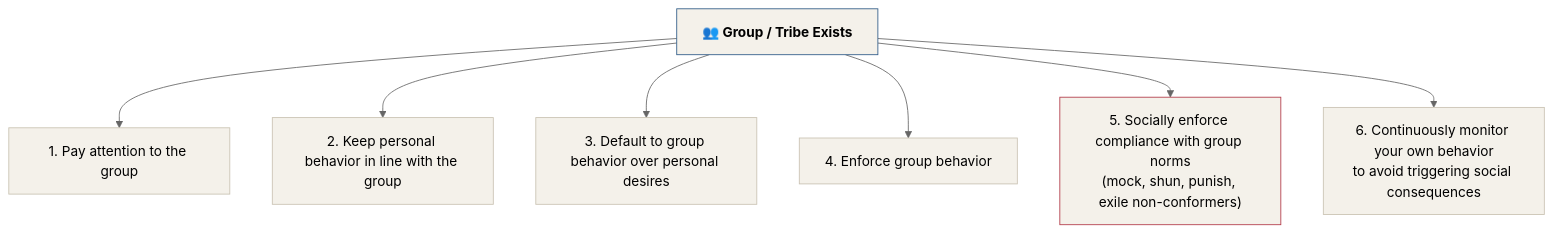
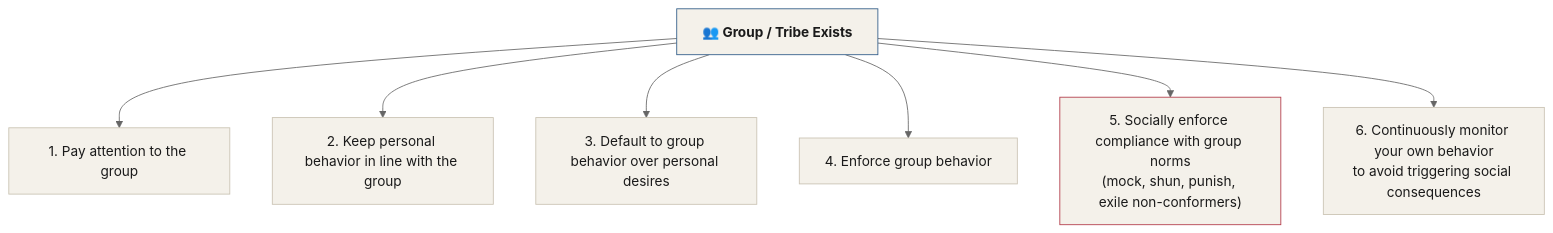
Before and after one commit to Joshi004/book-read: the fifth of 5 diagrams in chapters/chapter-04.md, drawn with Mermaid (neutral theme). The commit also changed other lines of this file and 7 other files, not shown here.

First line of the commit message:
Enhance Mermaid diagram styles for dark mode compatibility across chapters

````diff
--- a/chapters/chapter-04.md
+++ b/chapters/chapter-04.md
@@ -320,18 +320,18 @@
 ```mermaid
 flowchart TD
     T["👥 Group / Tribe Exists"]
     T --> T1["1. Pay attention to the group"]
     T --> T2["2. Keep personal behavior in line with the group"]
     T --> T3["3. Default to group behavior over personal desires"]
     T --> T4["4. Enforce group behavior"]
     T --> T5["5. Socially enforce compliance with group norms\n(mock, shun, punish, exile non-conformers)"]
     T --> T6["6. Continuously monitor your own behavior\nto avoid triggering social consequences"]
 
-    style T fill:#F4F1EA,stroke:#2E5A87,font-weight:bold
-    style T1 fill:#F4F1EA,stroke:#C9C2B2
-    style T2 fill:#F4F1EA,stroke:#C9C2B2
-    style T3 fill:#F4F1EA,stroke:#C9C2B2
-    style T4 fill:#F4F1EA,stroke:#C9C2B2
-    style T5 fill:#F4F1EA,stroke:#B23A48
-    style T6 fill:#F4F1EA,stroke:#C9C2B2
+    style T fill:#F4F1EA,stroke:#2E5A87,color:#1A1A1A,font-weight:bold
+    style T1 fill:#F4F1EA,stroke:#C9C2B2,color:#1A1A1A
+    style T2 fill:#F4F1EA,stroke:#C9C2B2,color:#1A1A1A
+    style T3 fill:#F4F1EA,stroke:#C9C2B2,color:#1A1A1A
+    style T4 fill:#F4F1EA,stroke:#C9C2B2,color:#1A1A1A
+    style T5 fill:#F4F1EA,stroke:#B23A48,color:#1A1A1A
+    style T6 fill:#F4F1EA,stroke:#C9C2B2,color:#1A1A1A
 ```
````
